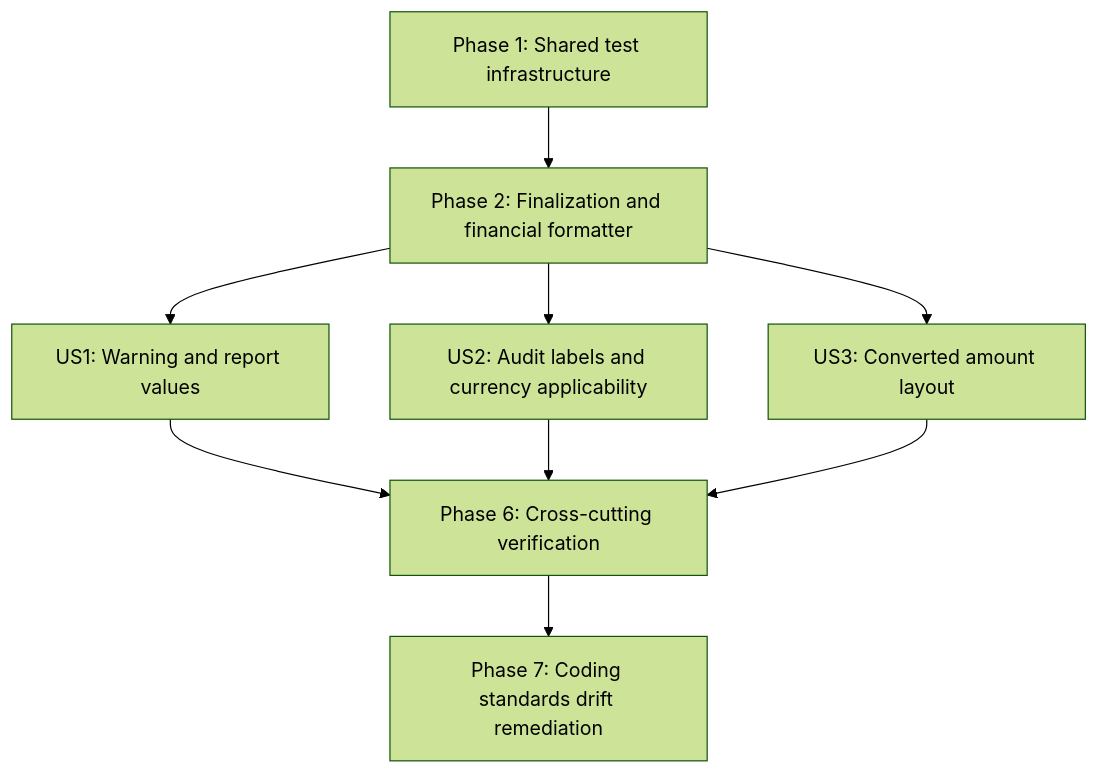
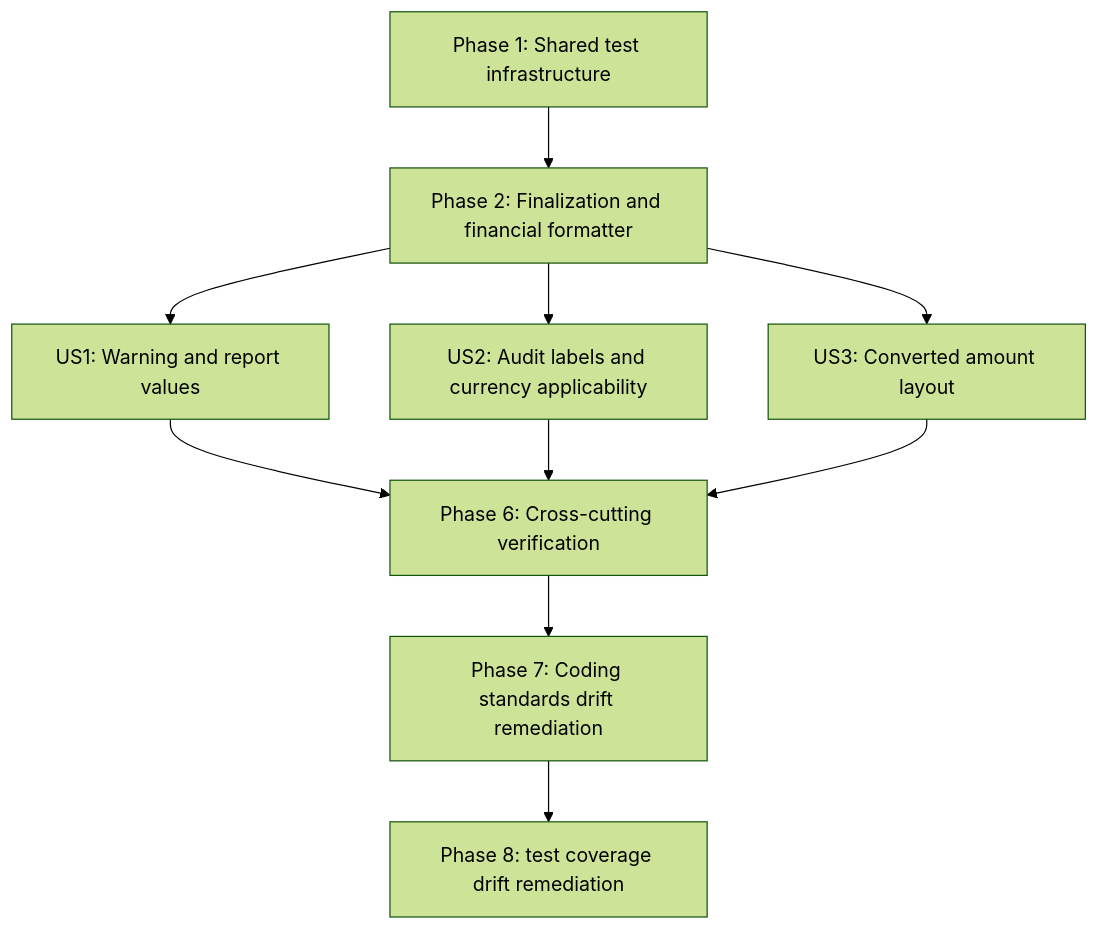
Before and after one commit to benizzio/ghostfolio-cryptogains: the diagram in specs/009-final-report-adjustments/tasks.md, drawn with Mermaid (forest theme). The commit also changed other lines of this file and 1 other file, not shown here.

Commit message:
Test coverage remediation tasks

````diff
--- a/specs/009-final-report-adjustments/tasks.md
+++ b/specs/009-final-report-adjustments/tasks.md
@@ -314,11 +355,12 @@
 ```mermaid
 graph TD
     S[Phase 1: Shared test infrastructure] --> F[Phase 2: Finalization and financial formatter]
     F --> U1[US1: Warning and report values]
     F --> U2[US2: Audit labels and currency applicability]
     F --> U3[US3: Converted amount layout]
     U1 --> P[Phase 6: Cross-cutting verification]
     U2 --> P
     U3 --> P
     P --> D[Phase 7: Coding standards drift remediation]
+    D --> C[Phase 8: test coverage drift remediation]
 ```
````
